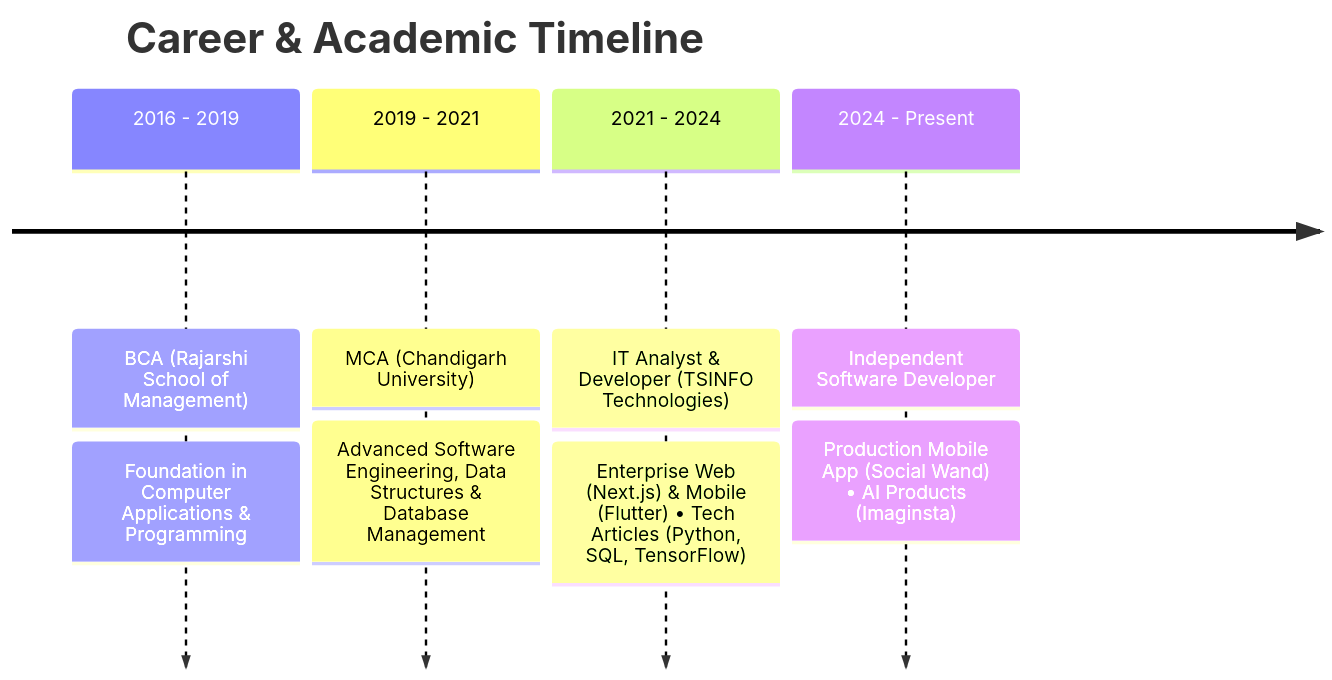
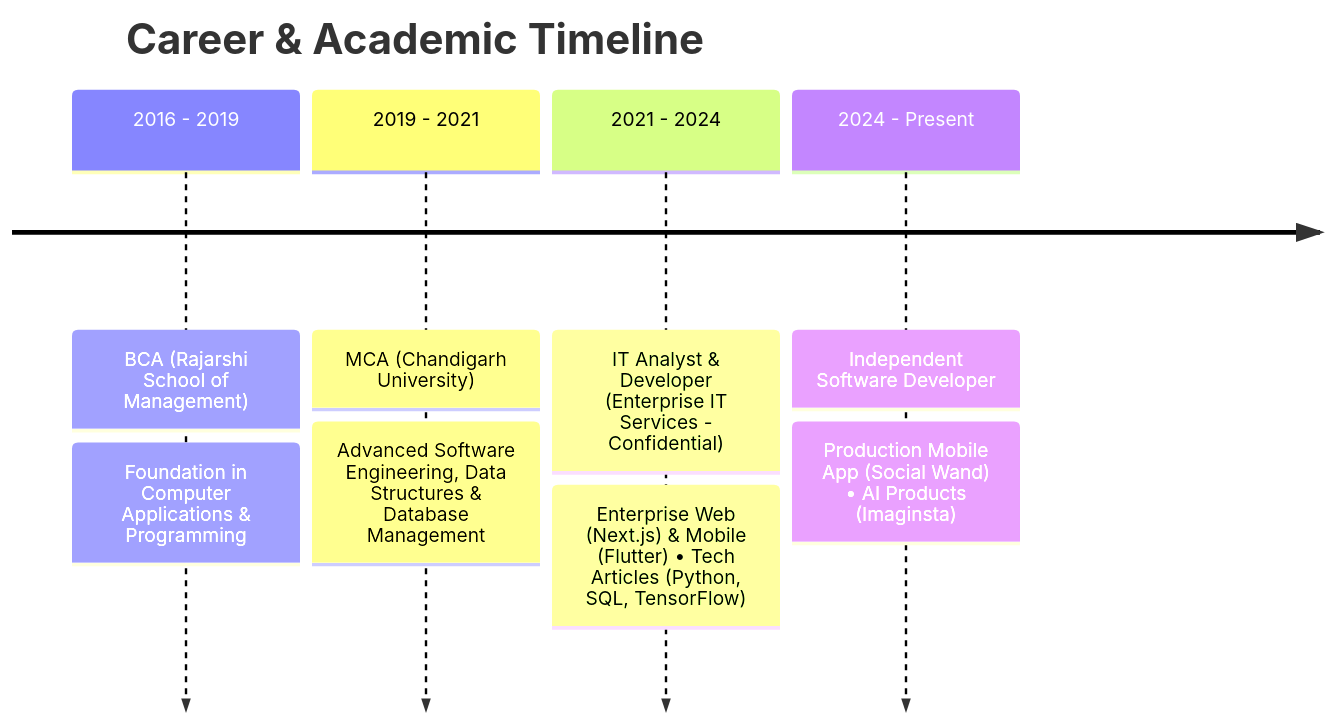
One commit to KS9004/KS9004 changed the diagram in README.md. Above: the diagram before and after it, drawn with Mermaid. The commit also changed other lines of this file, not shown here.

````diff
--- a/README.md
+++ b/README.md
@@ -86,8 +86,8 @@
 ```mermaid
 timeline
     title Career & Academic Timeline
     2016 - 2019 : BCA (Rajarshi School of Management) : Foundation in Computer Applications & Programming
     2019 - 2021 : MCA (Chandigarh University) : Advanced Software Engineering, Data Structures & Database Management
-    2021 - 2024 : IT Analyst & Developer (TSINFO Technologies) : Enterprise Web (Next.js) & Mobile (Flutter) • Tech Articles (Python, SQL, TensorFlow)
+    2021 - 2024 : IT Analyst & Developer (Enterprise IT Services - Confidential) : Enterprise Web (Next.js) & Mobile (Flutter) • Tech Articles (Python, SQL, TensorFlow)
     2024 - Present : Independent Software Developer : Production Mobile App (Social Wand) • AI Products (Imaginsta)
 ```
````
